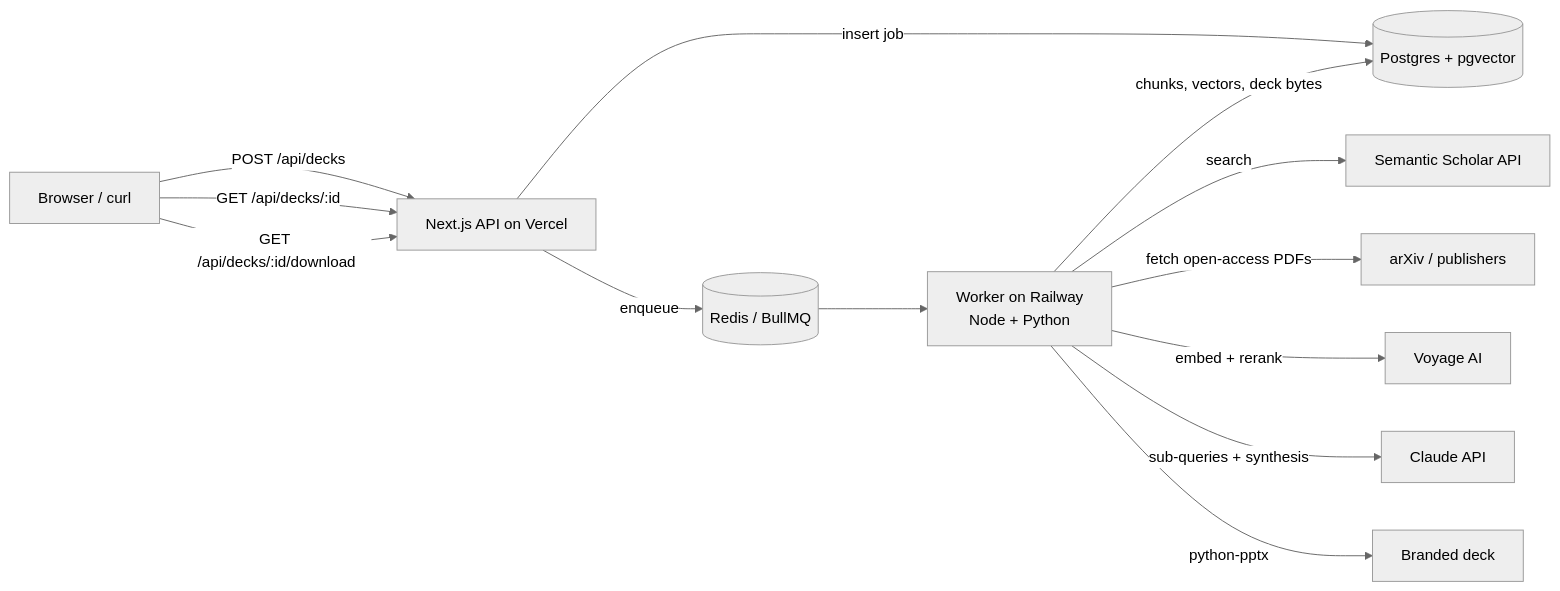
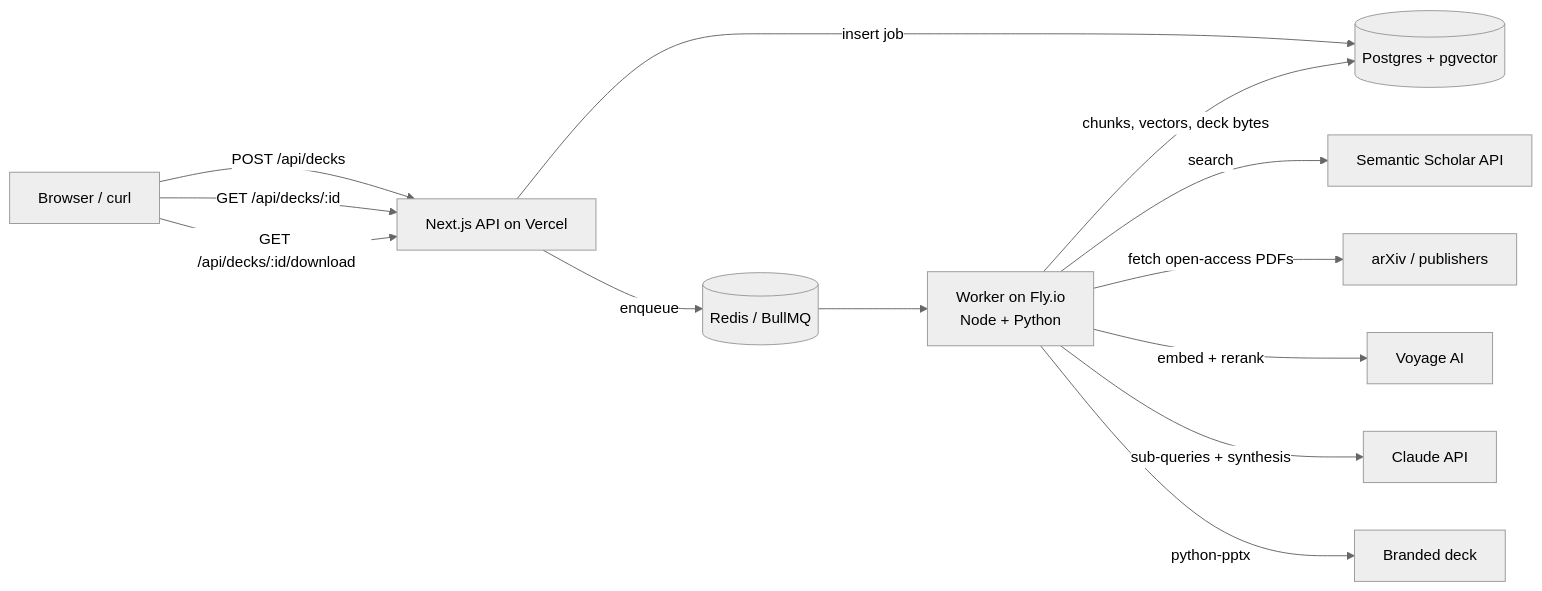
Before and after one commit to gengirish/research-to-deck: the diagram in README.md, drawn with Mermaid (neutral theme). The commit also changed other lines of this file, not shown here.

First line of the commit message:
Document the live deploy: Vercel app + Fly worker

````diff
--- a/README.md
+++ b/README.md
@@ -9,15 +9,15 @@
 ```mermaid
 flowchart LR
   U[Browser / curl] -->|POST /api/decks| API[Next.js API on Vercel]
   API -->|insert job| PG[(Postgres + pgvector)]
   API -->|enqueue| R[(Redis / BullMQ)]
-  R --> W[Worker on Railway<br/>Node + Python]
+  R --> W[Worker on Fly.io<br/>Node + Python]
   W -->|search| S2[Semantic Scholar API]
   W -->|fetch open-access PDFs| PDF[arXiv / publishers]
   W -->|embed + rerank| V[Voyage AI]
   W -->|sub-queries + synthesis| C[Claude API]
   W -->|python-pptx| PPTX[Branded deck]
   W -->|chunks, vectors, deck bytes| PG
   U -->|GET /api/decks/:id| API
   U -->|GET /api/decks/:id/download| API
 ```
````
